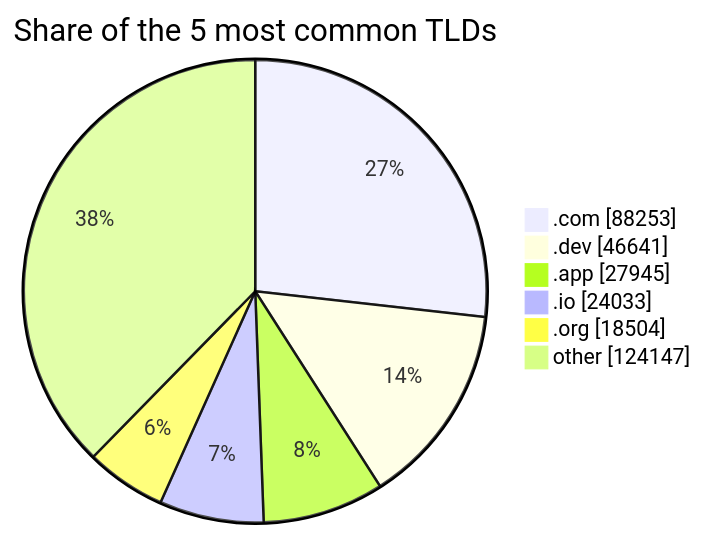
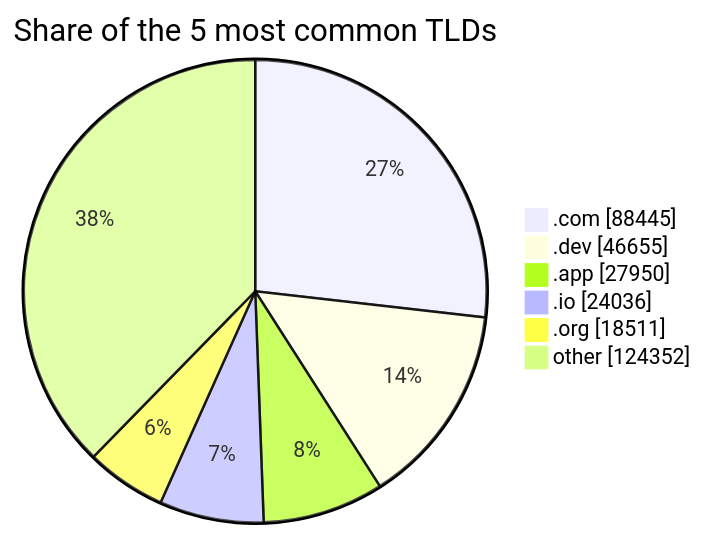
One commit to DNSBunker/CTI changed the third of 3 diagrams in README.md. Above: the diagram before and after it, drawn with Mermaid. The commit also changed other lines of this file and 3 other files, not shown here.

````diff
--- a/README.md
+++ b/README.md
@@ -81,9 +81,9 @@
 ```mermaid
 pie showData title Share of the 5 most common TLDs
-    ".com" : 88253
-    ".dev" : 46641
-    ".app" : 27945
-    ".io" : 24033
-    ".org" : 18504
-    "other" : 124147
+    ".com" : 88445
+    ".dev" : 46655
+    ".app" : 27950
+    ".io" : 24036
+    ".org" : 18511
+    "other" : 124352
 ```
````
